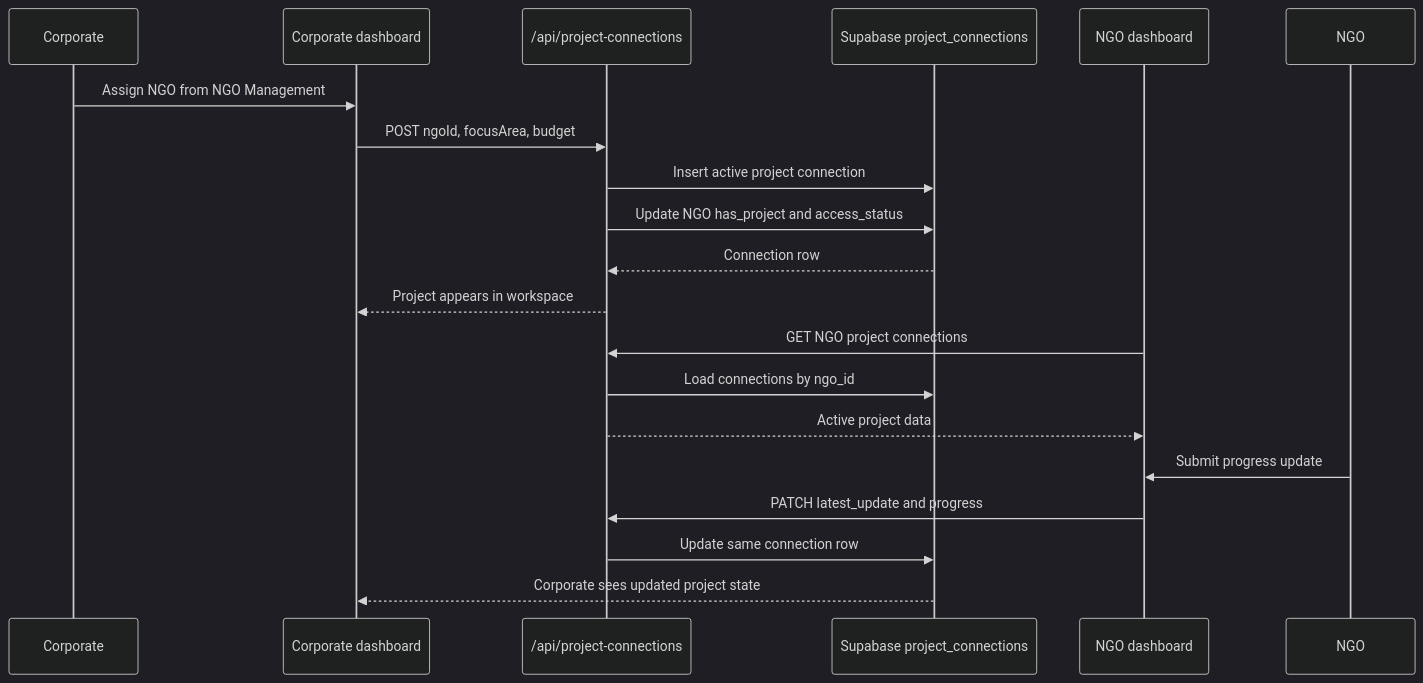
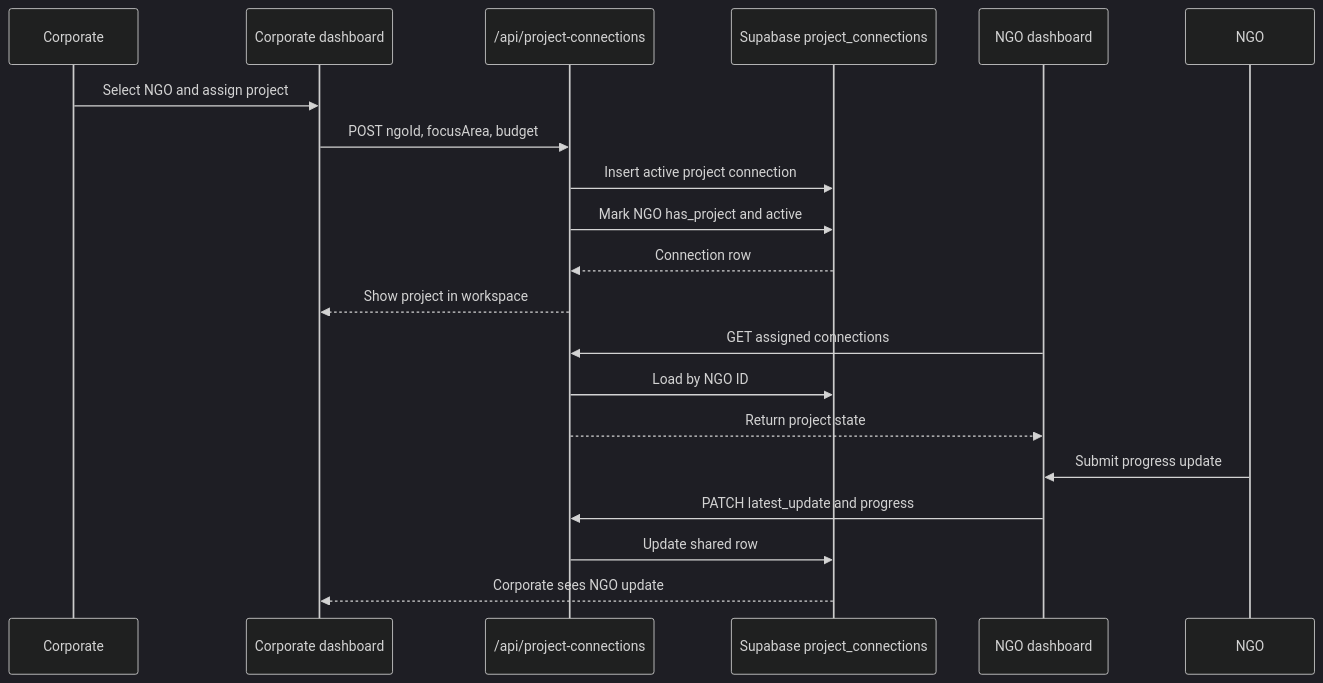
Before and after one commit to HAWKAARJAV/CORPOGN-FINAL: the second of 5 diagrams in README.md, drawn with Mermaid (dark theme). The commit also changed other lines of this file, not shown here.

````diff
--- a/README.md
+++ b/README.md
@@ -91,23 +121,23 @@
 ```mermaid
 sequenceDiagram
     participant Corporate
     participant CorpDashboard as Corporate dashboard
     participant API as /api/project-connections
     participant DB as Supabase project_connections
     participant NGODashboard as NGO dashboard
     participant NGO
 
-    Corporate->>CorpDashboard: Assign NGO from NGO Management
+    Corporate->>CorpDashboard: Select NGO and assign project
     CorpDashboard->>API: POST ngoId, focusArea, budget
     API->>DB: Insert active project connection
-    API->>DB: Update NGO has_project and access_status
+    API->>DB: Mark NGO has_project and active
     DB-->>API: Connection row
-    API-->>CorpDashboard: Project appears in workspace
-    NGODashboard->>API: GET NGO project connections
-    API->>DB: Load connections by ngo_id
-    API-->>NGODashboard: Active project data
+    API-->>CorpDashboard: Show project in workspace
+    NGODashboard->>API: GET assigned connections
+    API->>DB: Load by NGO ID
+    API-->>NGODashboard: Return project state
     NGO->>NGODashboard: Submit progress update
     NGODashboard->>API: PATCH latest_update and progress
-    API->>DB: Update same connection row
-    DB-->>CorpDashboard: Corporate sees updated project state
+    API->>DB: Update shared row
+    DB-->>CorpDashboard: Corporate sees NGO update
 ```
````
